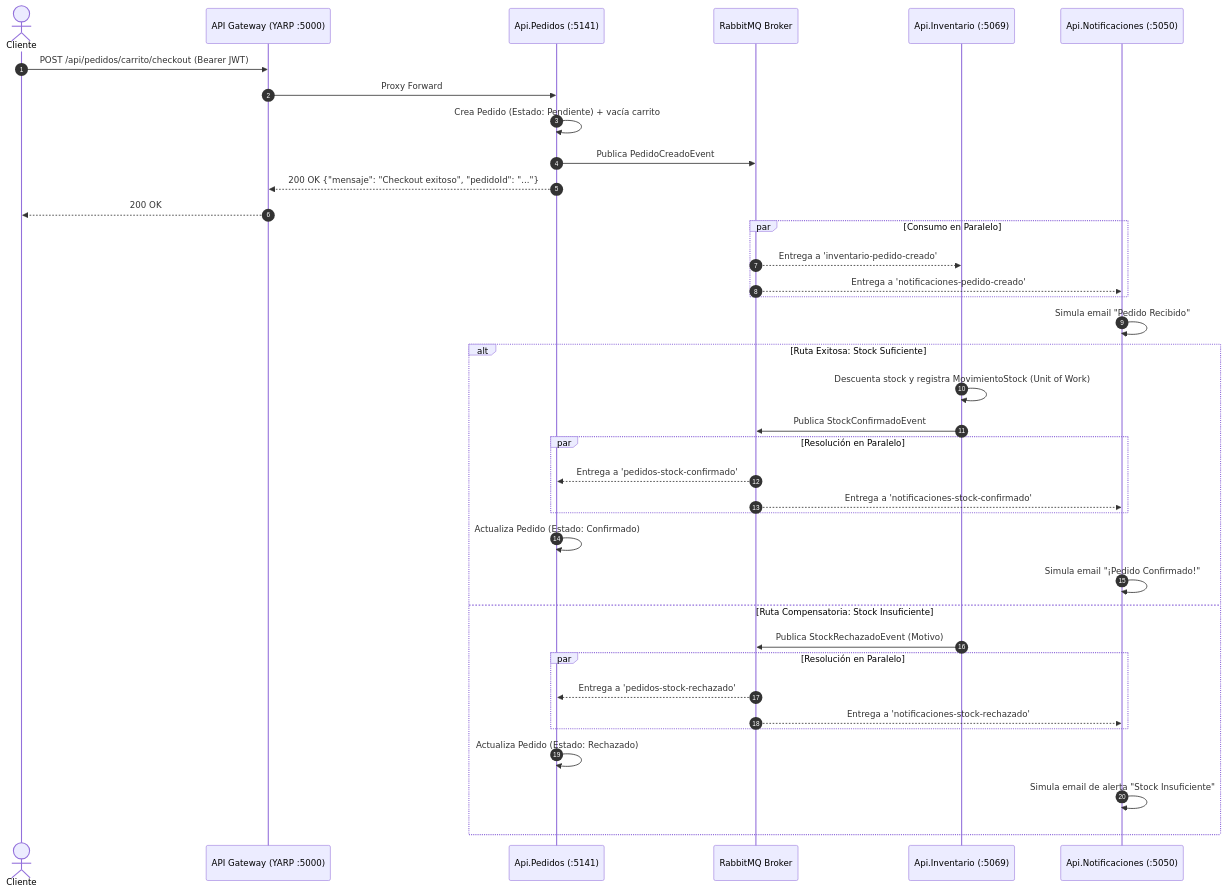
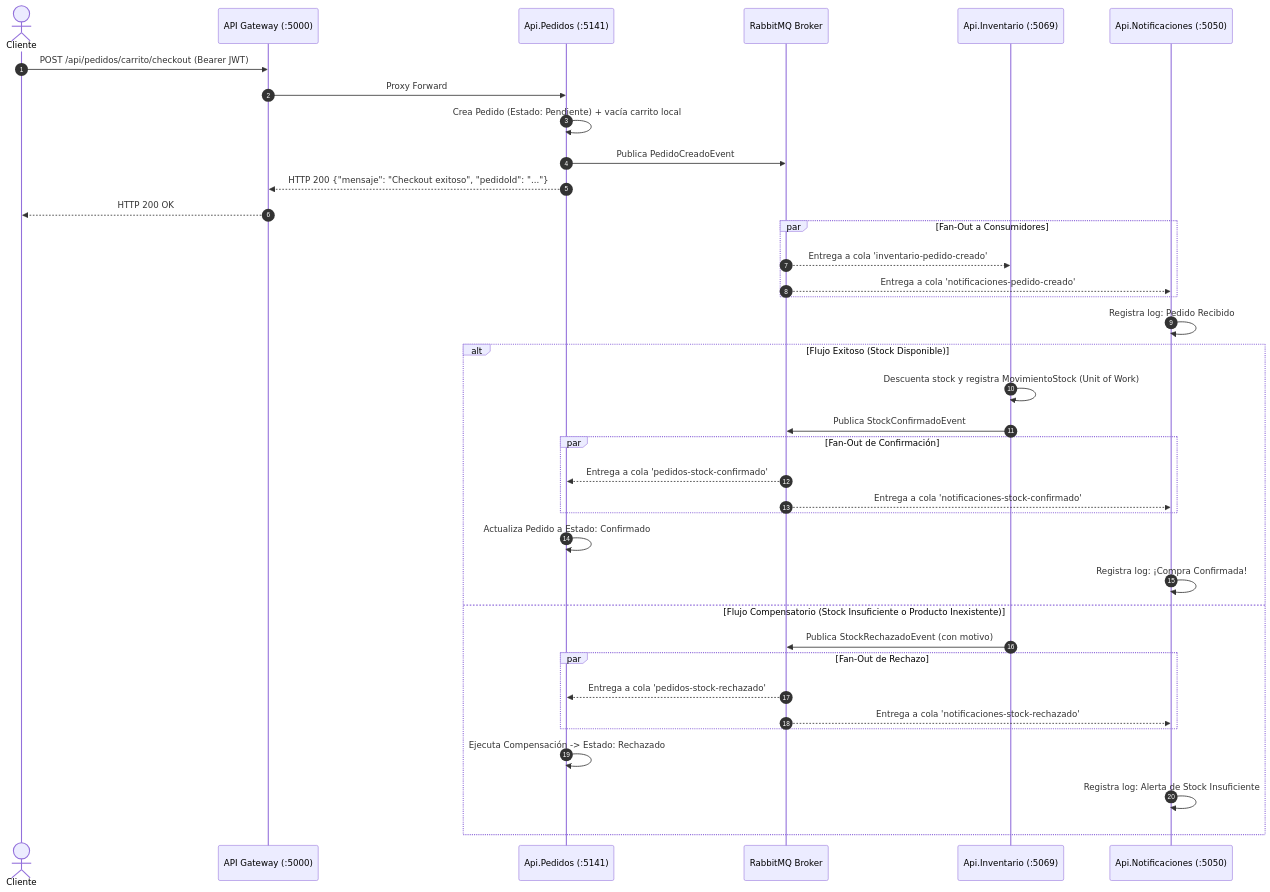
One commit to fedeisla/e-commerce-microservicios-net changed the second of 2 diagrams in README.md. Above: the diagram before and after it, drawn with Mermaid. The commit also changed other lines of this file, not shown here.

Commit message:
ocs: actualizar README con arquitectura integral y decisiones tecnicas

````diff
--- a/README.md
+++ b/README.md
@@ -45,43 +107,43 @@
 ```mermaid
 sequenceDiagram
     autonumber
     actor Cliente
-    participant GW as API Gateway (YARP :5000)
+    participant GW as API Gateway (:5000)
     participant Pedidos as Api.Pedidos (:5141)
     participant MQ as RabbitMQ Broker
     participant Inv as Api.Inventario (:5069)
     participant Notif as Api.Notificaciones (:5050)
 
     Cliente->>GW: POST /api/pedidos/carrito/checkout (Bearer JWT)
     GW->>Pedidos: Proxy Forward
-    Pedidos->>Pedidos: Crea Pedido (Estado: Pendiente) + vacía carrito
+    Pedidos->>Pedidos: Crea Pedido (Estado: Pendiente) + vacía carrito local
     Pedidos->>MQ: Publica PedidoCreadoEvent
-    Pedidos-->>GW: 200 OK {"mensaje": "Checkout exitoso", "pedidoId": "..."}
-    GW-->>Cliente: 200 OK
+    Pedidos-->>GW: HTTP 200 {"mensaje": "Checkout exitoso", "pedidoId": "..."}
+    GW-->>Cliente: HTTP 200 OK
 
-    par Consumo en Paralelo
-        MQ-->>Inv: Entrega a 'inventario-pedido-creado'
-        MQ-->>Notif: Entrega a 'notificaciones-pedido-creado'
+    par Fan-Out a Consumidores
+        MQ-->>Inv: Entrega a cola 'inventario-pedido-creado'
+        MQ-->>Notif: Entrega a cola 'notificaciones-pedido-creado'
     end
 
-    Notif->>Notif: Simula email "Pedido Recibido"
+    Notif->>Notif: Registra log: Pedido Recibido
 
-    alt Ruta Exitosa: Stock Suficiente
+    alt Flujo Exitoso (Stock Disponible)
         Inv->>Inv: Descuenta stock y registra MovimientoStock (Unit of Work)
         Inv->>MQ: Publica StockConfirmadoEvent
-        par Resolución en Paralelo
-            MQ-->>Pedidos: Entrega a 'pedidos-stock-confirmado'
-            MQ-->>Notif: Entrega a 'notificaciones-stock-confirmado'
+        par Fan-Out de Confirmación
+            MQ-->>Pedidos: Entrega a cola 'pedidos-stock-confirmado'
+            MQ-->>Notif: Entrega a cola 'notificaciones-stock-confirmado'
         end
-        Pedidos->>Pedidos: Actualiza Pedido (Estado: Confirmado)
-        Notif->>Notif: Simula email "¡Pedido Confirmado!"
-    else Ruta Compensatoria: Stock Insuficiente
-        Inv->>MQ: Publica StockRechazadoEvent (Motivo)
-        par Resolución en Paralelo
-            MQ-->>Pedidos: Entrega a 'pedidos-stock-rechazado'
-            MQ-->>Notif: Entrega a 'notificaciones-stock-rechazado'
+        Pedidos->>Pedidos: Actualiza Pedido a Estado: Confirmado
+        Notif->>Notif: Registra log: ¡Compra Confirmada!
+    else Flujo Compensatorio (Stock Insuficiente o Producto Inexistente)
+        Inv->>MQ: Publica StockRechazadoEvent (con motivo)
+        par Fan-Out de Rechazo
+            MQ-->>Pedidos: Entrega a cola 'pedidos-stock-rechazado'
+            MQ-->>Notif: Entrega a cola 'notificaciones-stock-rechazado'
         end
-        Pedidos->>Pedidos: Actualiza Pedido (Estado: Rechazado)
-        Notif->>Notif: Simula email de alerta "Stock Insuficiente"
+        Pedidos->>Pedidos: Ejecuta Compensación -> Estado: Rechazado
+        Notif->>Notif: Registra log: Alerta de Stock Insuficiente
     end
 ```
````
